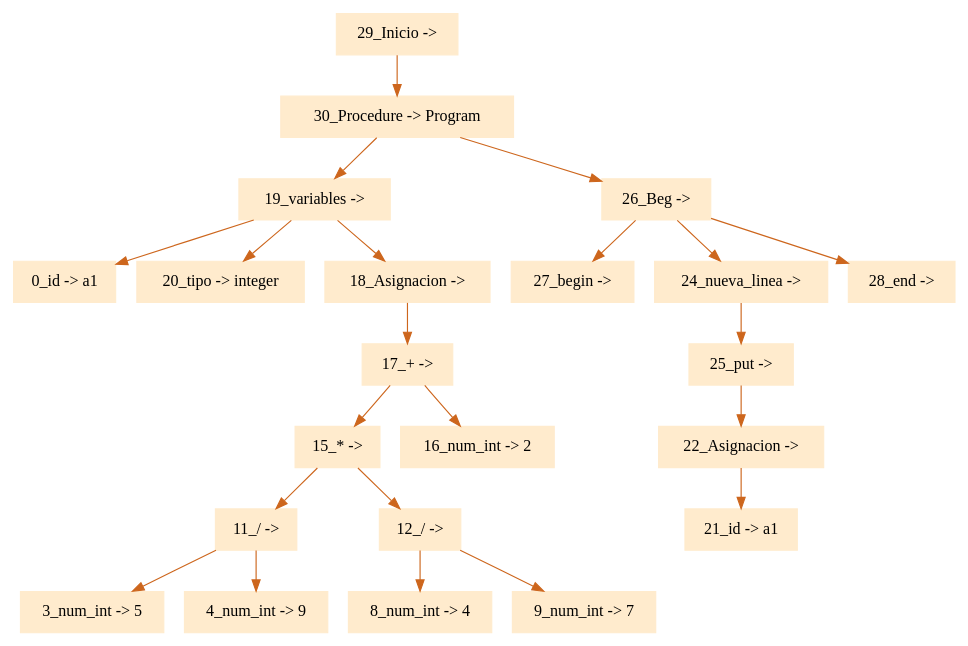
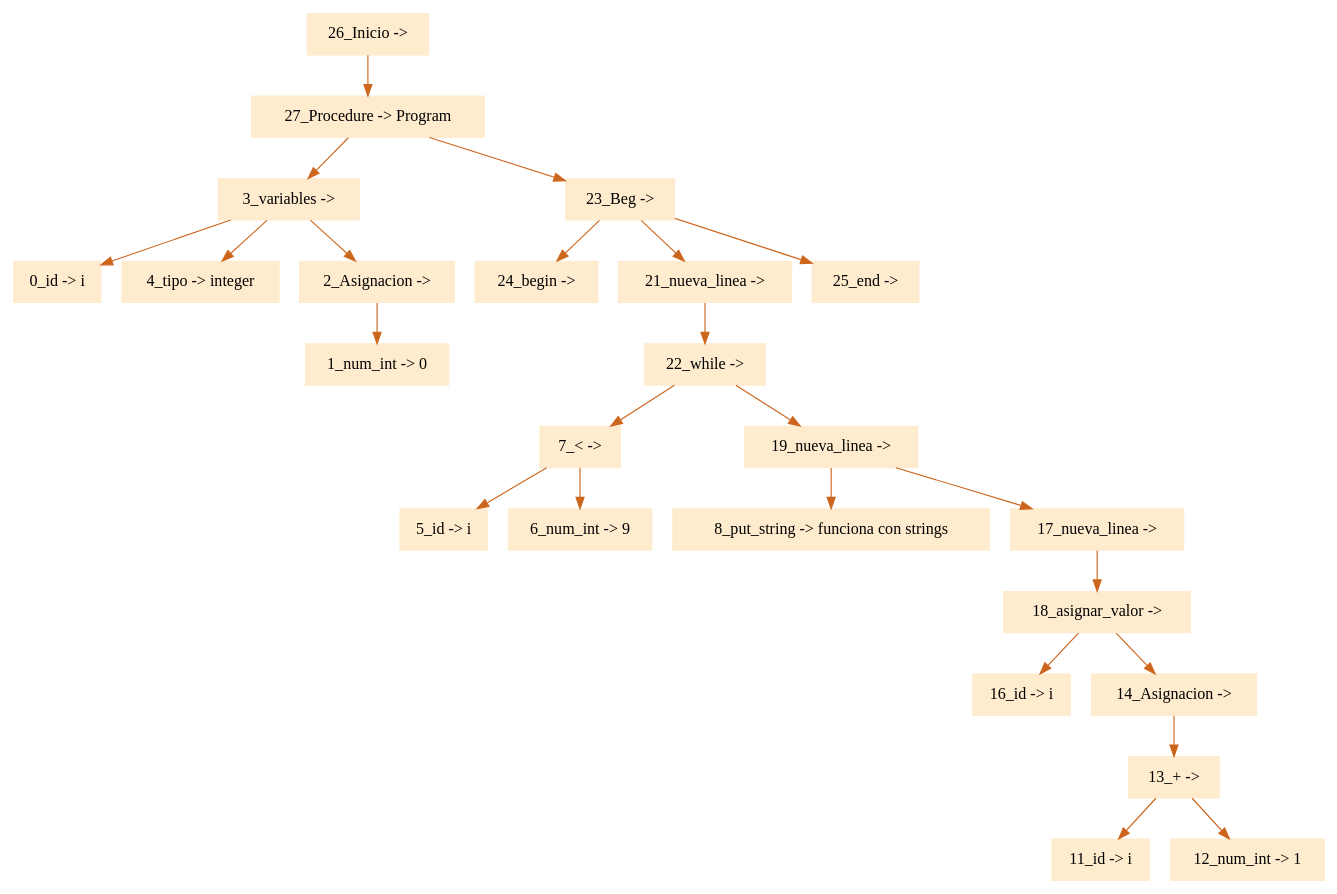
Before and after one commit to eliasgz97/Proyecto_Compiladores: the diagram in ProyectoCompiladores/arbol.dot, drawn with Graphviz. The commit also changed 9 other files, not shown here.

```diff
--- a/ProyectoCompiladores/arbol.dot
+++ b/ProyectoCompiladores/arbol.dot
@@ -1,26 +1,28 @@
 digraph G {node[shape=box, style=filled, color=blanchedalmond]; edge[color=chocolate3];rankdir=UD 
 
-"29_Inicio -> "->"30_Procedure -> Program"
-"30_Procedure -> Program"->"19_variables -> "
-"19_variables -> "->"0_id -> a1"
-"19_variables -> "->"20_tipo -> integer"
-"19_variables -> "->"18_Asignacion -> "
-"18_Asignacion -> "->"17_+ -> "
-"17_+ -> "->"15_* -> "
-"15_* -> "->"11_/ -> "
-"11_/ -> "->"3_num_int -> 5"
-"11_/ -> "->"4_num_int -> 9"
-"15_* -> "->"12_/ -> "
-"12_/ -> "->"8_num_int -> 4"
-"12_/ -> "->"9_num_int -> 7"
-"17_+ -> "->"16_num_int -> 2"
-"30_Procedure -> Program"->"26_Beg -> "
-"26_Beg -> "->"27_begin -> "
-"26_Beg -> "->"24_nueva_linea -> "
-"24_nueva_linea -> "->"25_put -> "
-"25_put -> "->"22_Asignacion -> "
-"22_Asignacion -> "->"21_id -> a1"
-"26_Beg -> "->"28_end -> "
+"26_Inicio -> "->"27_Procedure -> Program"
+"27_Procedure -> Program"->"3_variables -> "
+"3_variables -> "->"0_id -> i"
+"3_variables -> "->"4_tipo -> integer"
+"3_variables -> "->"2_Asignacion -> "
+"2_Asignacion -> "->"1_num_int -> 0"
+"27_Procedure -> Program"->"23_Beg -> "
+"23_Beg -> "->"24_begin -> "
+"23_Beg -> "->"21_nueva_linea -> "
+"21_nueva_linea -> "->"22_while -> "
+"22_while -> "->"7_< -> "
+"7_< -> "->"5_id -> i"
+"7_< -> "->"6_num_int -> 9"
+"22_while -> "->"19_nueva_linea -> "
+"19_nueva_linea -> "->"8_put_string -> funciona con strings"
+"19_nueva_linea -> "->"17_nueva_linea -> "
+"17_nueva_linea -> "->"18_asignar_valor -> "
+"18_asignar_valor -> "->"16_id -> i"
+"18_asignar_valor -> "->"14_Asignacion -> "
+"14_Asignacion -> "->"13_+ -> "
+"13_+ -> "->"11_id -> i"
+"13_+ -> "->"12_num_int -> 1"
+"23_Beg -> "->"25_end -> "
 
 
 }
```
